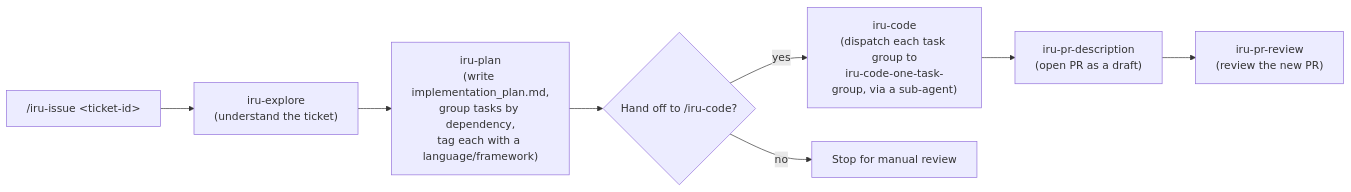
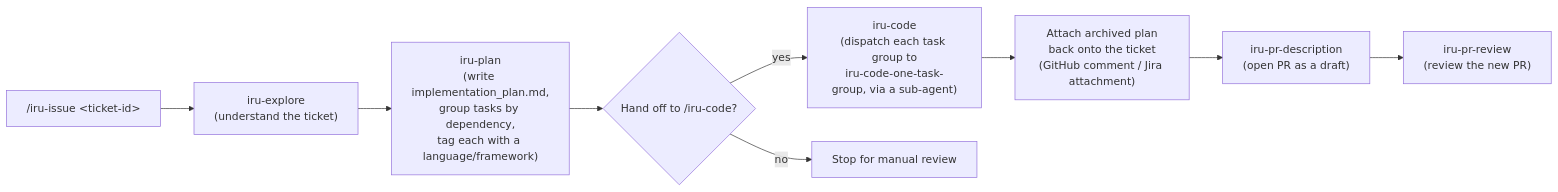
The fourth of 7 diagrams in docs/modules/ROOT/pages/index.adoc (albertoirurueta/ai-catalog), drawn with Mermaid before and after one commit. The commit also changed other lines of this file and 20 other files, not shown here.

```diff
--- a/docs/modules/ROOT/pages/index.adoc
+++ b/docs/modules/ROOT/pages/index.adoc
@@ -813,11 +835,12 @@
 [mermaid]
 ....
 flowchart LR
     A["/iru-issue &lt;ticket-id&gt;"] --> B["iru-explore\n(understand the ticket)"]
     B --> C["iru-plan\n(write implementation_plan.md,\ngroup tasks by dependency,\ntag each with a language/framework)"]
     C --> D{Hand off to /iru-code?}
     D -- yes --> E["iru-code\n(dispatch each task group to\niru-code-one-task-group, via a sub-agent)"]
     D -- no --> H[Stop for manual review]
-    E --> F["iru-pr-description\n(open PR as a draft)"]
+    E --> EA["Attach archived plan\nback onto the ticket\n(GitHub comment / Jira attachment)"]
+    EA --> F["iru-pr-description\n(open PR as a draft)"]
     F --> G["iru-pr-review\n(review the new PR)"]
 ....
```
